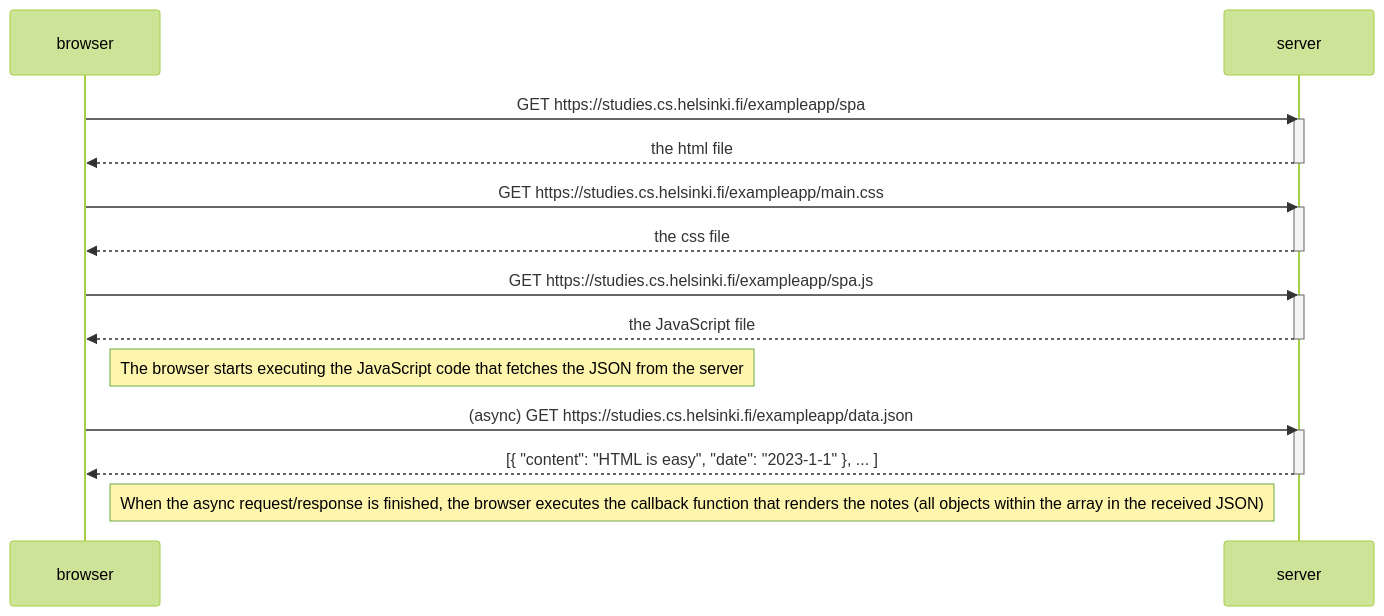
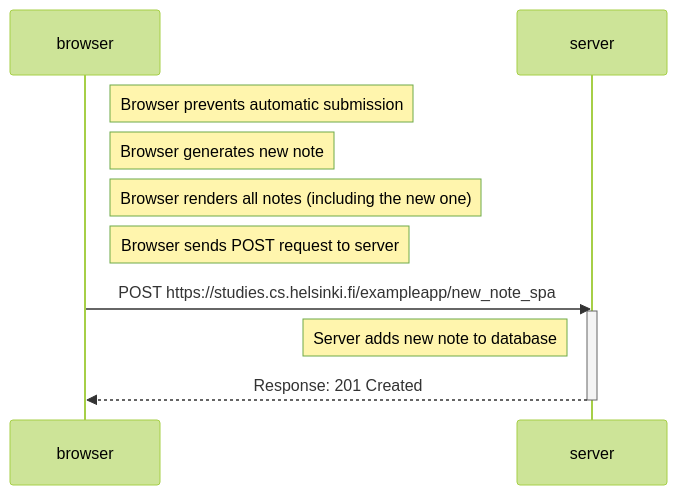
One commit to devluxor/full-stack-open changed the diagram in part0/0.6.md. Above: the diagram before and after it, drawn with Mermaid (forest theme). The commit also changed 1 other file, not shown here.

Commit message:
Submit ex 0.6

````diff
--- a/part0/0.6.md
+++ b/part0/0.6.md
@@ -2,29 +2,15 @@
 ```mermaid
 sequenceDiagram
     participant browser
     participant server
 
-    browser->>server: GET https://studies.cs.helsinki.fi/exampleapp/spa
+    Note right of browser: Browser prevents automatic submission
+    Note right of browser: Browser generates new note
+    Note right of browser: Browser renders all notes (including the new one)
+    Note right of browser: Browser sends POST request to server
+    browser->>server: POST https://studies.cs.helsinki.fi/exampleapp/new_note_spa
     activate server
-    server-->>browser: the html file
+    Note left of server: Server adds new note to database
+    server-->>browser: Response: 201 Created
     deactivate server
-
-    browser->>server: GET https://studies.cs.helsinki.fi/exampleapp/main.css
-    activate server
-    server-->>browser: the css file
-    deactivate server
-
-    browser->>server: GET https://studies.cs.helsinki.fi/exampleapp/spa.js
-    activate server
-    server-->>browser: the JavaScript file
-    deactivate server
-
-    Note right of browser: The browser starts executing the JavaScript code that fetches the JSON from the server
-
-    browser->>server: (async) GET https://studies.cs.helsinki.fi/exampleapp/data.json
-    activate server
-    server-->>browser: [{ "content": "HTML is easy", "date": "2023-1-1" }, ... ]
-    deactivate server
-
-    Note right of browser: When the async request/response is finished, the browser executes the callback function that renders the notes (all objects within the array in the received JSON)
 ```
````
